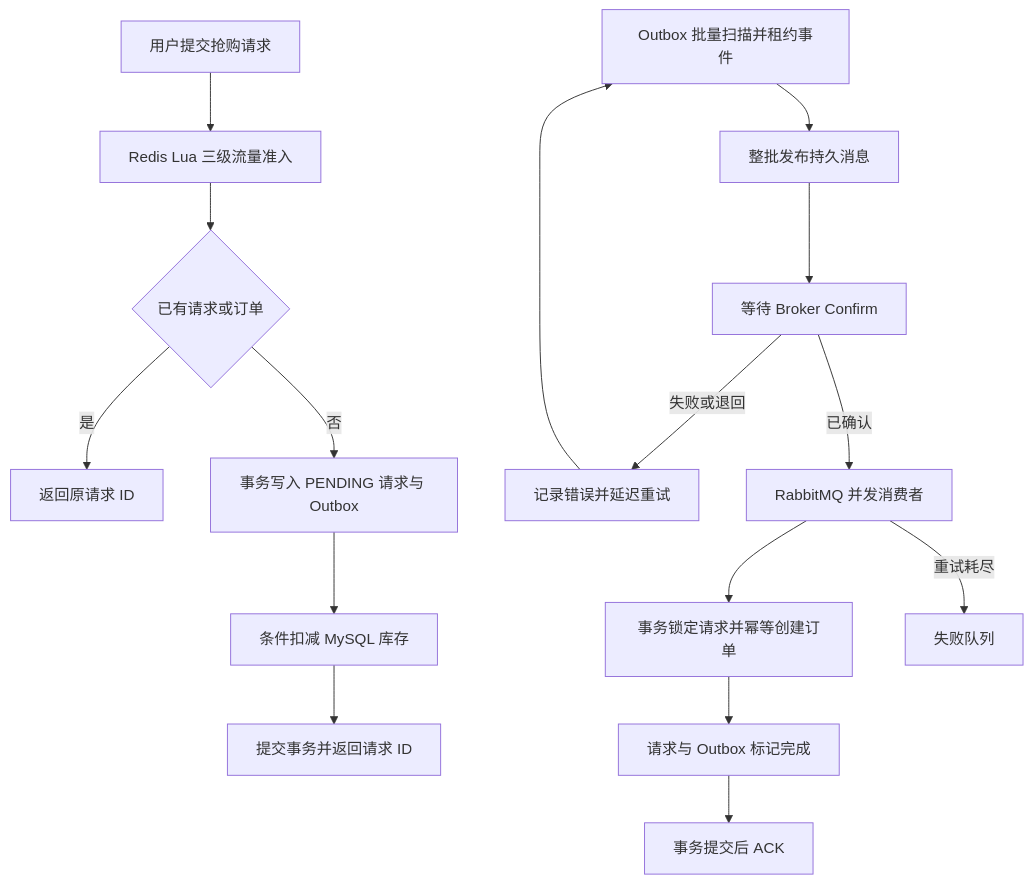
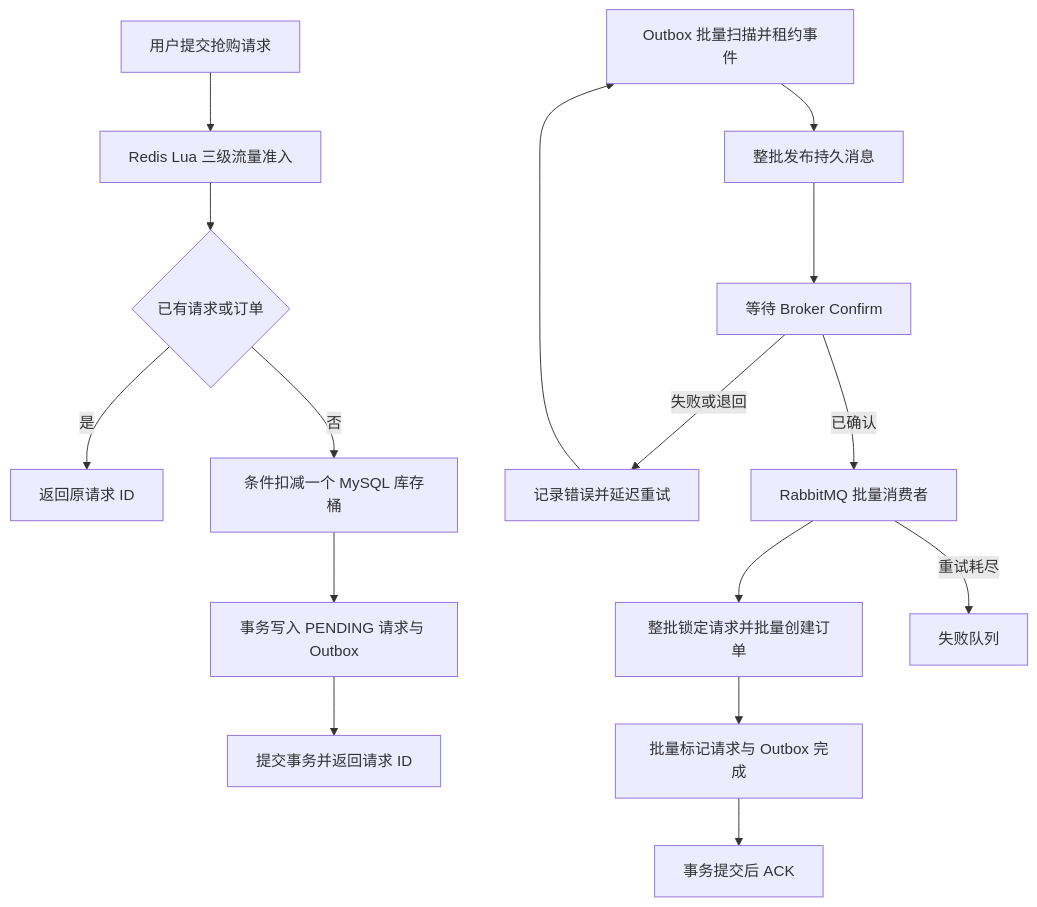
Before and after one commit to ctmd1234567/event-trading-platform: the diagram in README.md, drawn with Mermaid. The commit also changed other lines of this file and 26 other files, not shown here.

````diff
--- a/README.md
+++ b/README.md
@@ -28,19 +29,19 @@
 ```mermaid
 flowchart TD
   A[用户提交抢购请求] --> B[Redis Lua 三级流量准入]
   B --> C{已有请求或订单}
   C -- 是 --> D[返回原请求 ID]
-  C -- 否 --> E[事务写入 PENDING 请求与 Outbox]
-  E --> F[条件扣减 MySQL 库存]
+  C -- 否 --> E[条件扣减一个 MySQL 库存桶]
+  E --> F[事务写入 PENDING 请求与 Outbox]
   F --> G[提交事务并返回请求 ID]
 
   H[Outbox 批量扫描并租约事件] --> I[整批发布持久消息]
   I --> J[等待 Broker Confirm]
   J -- 失败或退回 --> K[记录错误并延迟重试]
   K --> H
-  J -- 已确认 --> L[RabbitMQ 并发消费者]
-  L --> M[事务锁定请求并幂等创建订单]
-  M --> N[请求与 Outbox 标记完成]
+  J -- 已确认 --> L[RabbitMQ 批量消费者]
+  L --> M[整批锁定请求并批量创建订单]
+  M --> N[批量标记请求与 Outbox 完成]
   N --> O[事务提交后 ACK]
   L -- 重试耗尽 --> P[失败队列]
 ```
````
